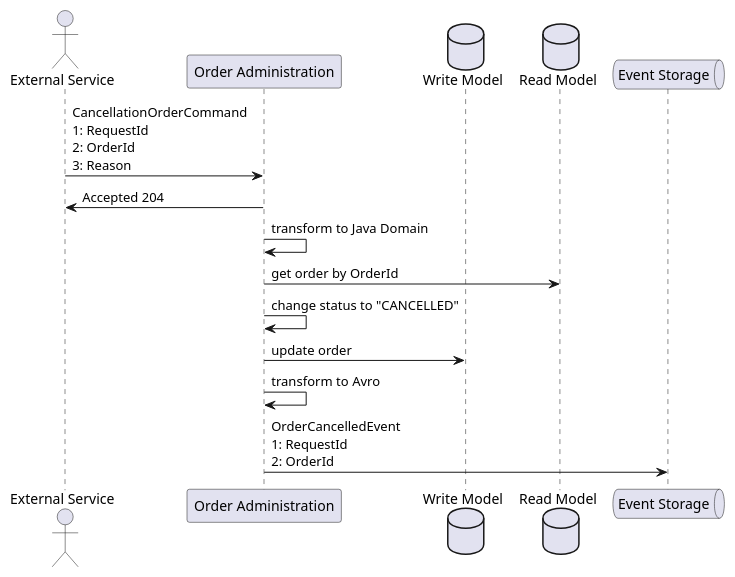
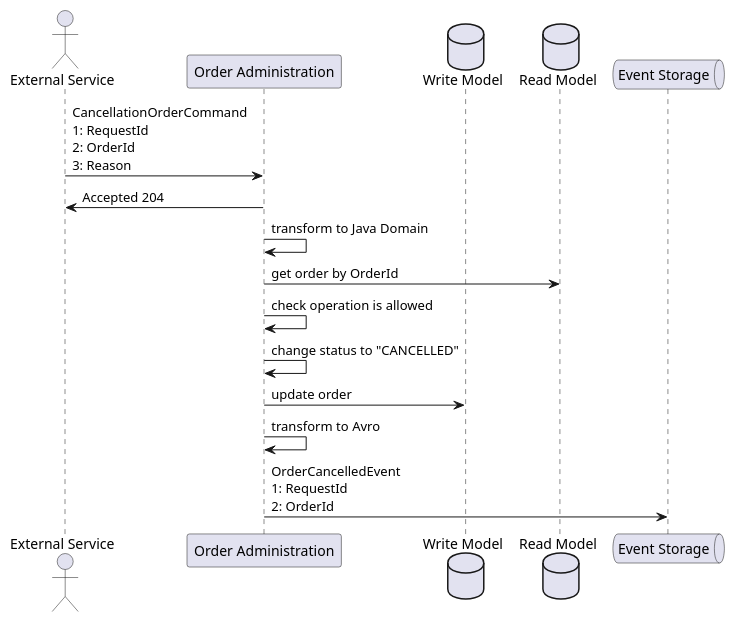
One commit to sokimaaa/order-administration changed the diagram in 1-diagram/command/cancel-order-sequence.puml. Above: the diagram before and after it, drawn with PlantUML. The commit also changed 6 other files, not shown here.

```diff
--- a/1-diagram/command/cancel-order-sequence.puml
+++ b/1-diagram/command/cancel-order-sequence.puml
@@ -1,19 +1,20 @@
 @startuml
 'https://plantuml.com/sequence-diagram
 
 actor "External Service" as ES
 participant "Order Administration" as OA
 database "Write Model" as WM
 database "Read Model" as RM
 queue "Event Storage" as ESG
 
 ES -> OA: CancellationOrderCommand\n1: RequestId\n2: OrderId\n3: Reason
 OA -> ES: Accepted 204
 OA -> OA: transform to Java Domain
 OA -> RM: get order by OrderId
+OA -> OA: check operation is allowed
 OA -> OA: change status to "CANCELLED"
 OA -> WM: update order
 OA -> OA: transform to Avro
 OA -> ESG: OrderCancelledEvent\n1: RequestId\n2: OrderId
 
 @enduml
```
